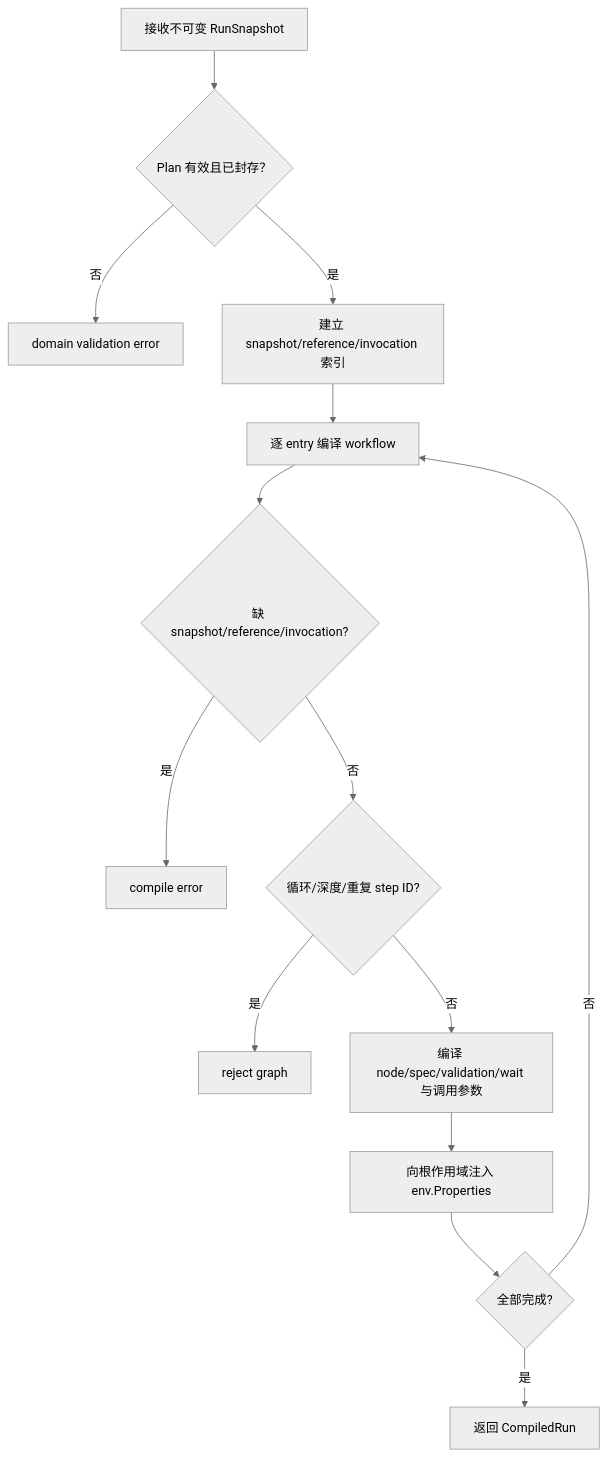
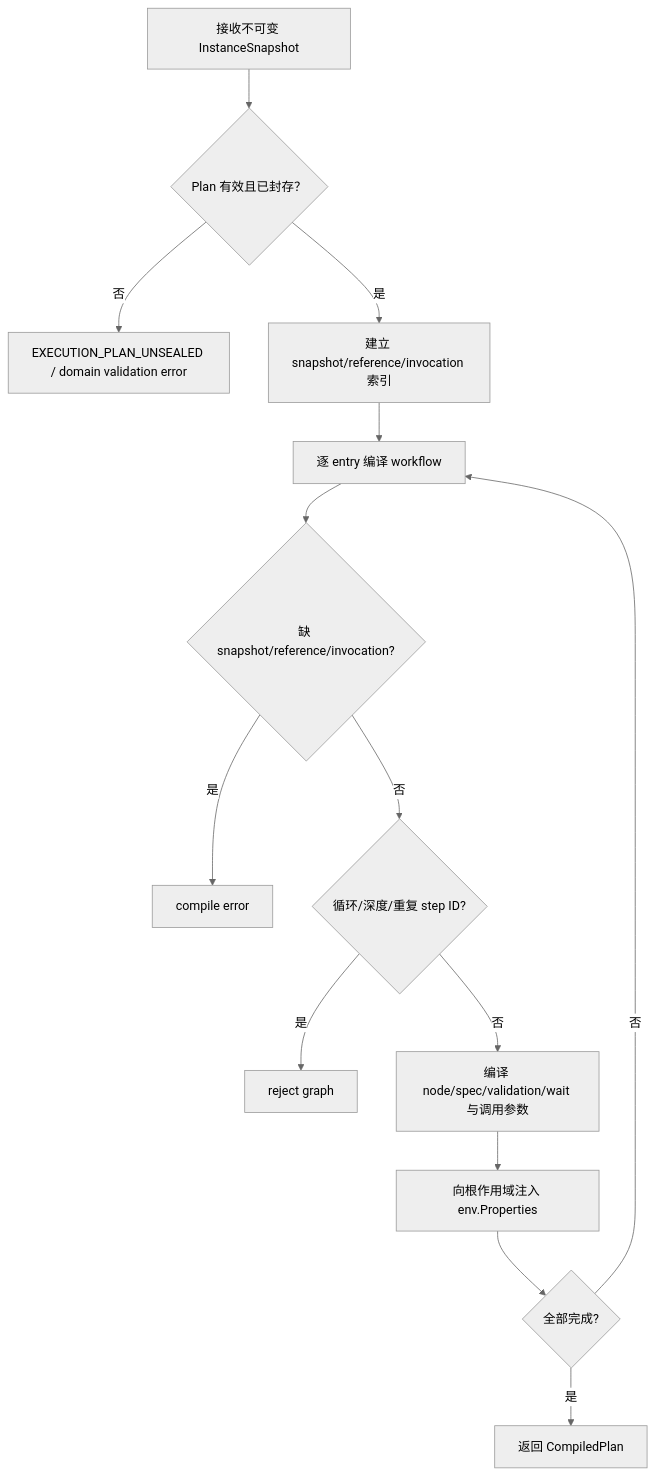
One commit to Capsule7446/healix-core changed the second of 2 diagrams in docs/application/engine/compile-plan.md. Above: the diagram before and after it, drawn with Mermaid (neutral theme). The commit also changed other lines of this file and 380 other files, not shown here.

````diff
--- a/docs/application/engine/compile-plan.md
+++ b/docs/application/engine/compile-plan.md
@@ -65,16 +67,16 @@
 ```mermaid
 flowchart TD
-    A[接收不可变 RunSnapshot] --> B{Plan 有效且已封存？}
-    B -- 否 --> E1[domain validation error]
+    A[接收不可变 InstanceSnapshot] --> B{Plan 有效且已封存？}
+    B -- 否 --> E1[EXECUTION_PLAN_UNSEALED / domain validation error]
     B -- 是 --> C[建立 snapshot/reference/invocation 索引]
     C --> D[逐 entry 编译 workflow]
     D --> E{缺 snapshot/reference/invocation?}
     E -- 是 --> E2[compile error]
     E -- 否 --> F{循环/深度/重复 step ID?}
     F -- 是 --> E3[reject graph]
     F -- 否 --> G[编译 node/spec/validation/wait 与调用参数]
     G --> H[向根作用域注入 env.Properties]
     H --> I{全部完成?}
     I -- 否 --> D
-    I -- 是 --> J[返回 CompiledRun]
+    I -- 是 --> J[返回 CompiledPlan]
 ```
````
